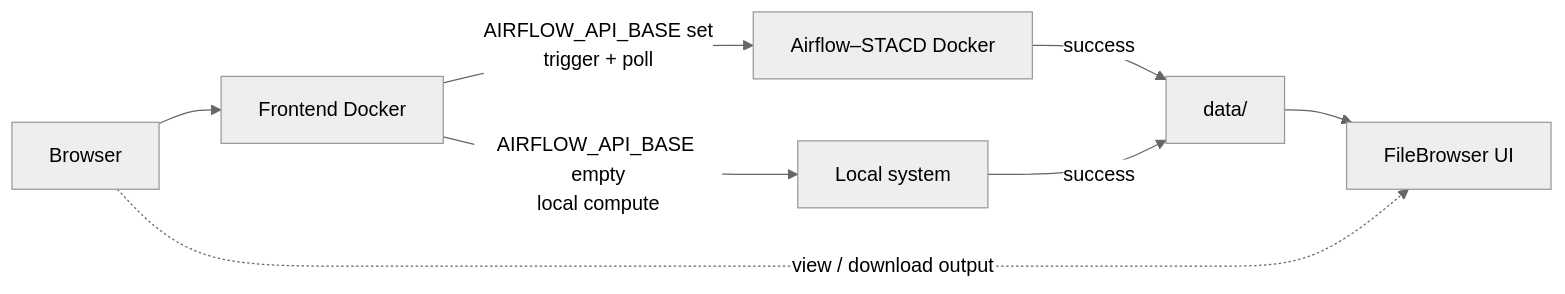
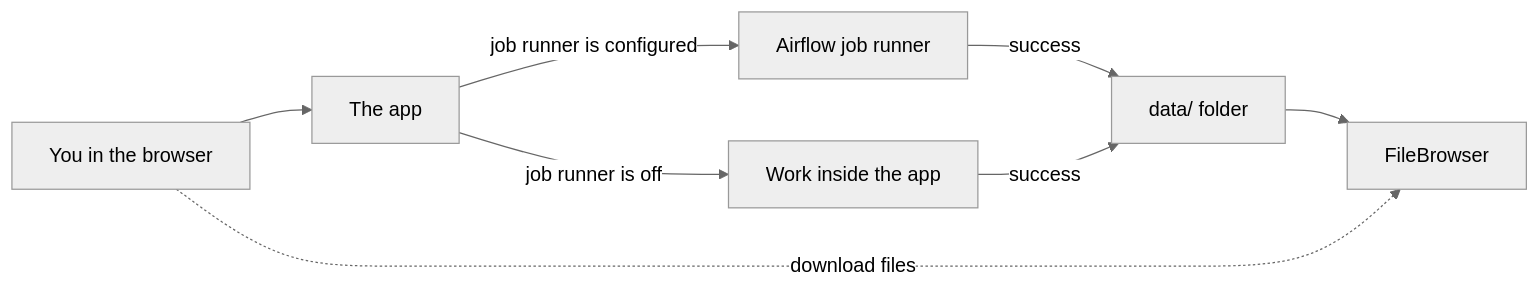
The first of 2 diagrams in docs/infra/tower-services/index.md (core-stack-org/core-stack-docs), drawn with Mermaid (neutral theme) before and after one commit. The commit also changed other lines of this file and 11 other files, not shown here.

First line of the commit message:
Document Tower Services as a shared deploy cluster and simplify Docker/Airflow how-tos.

````diff
--- a/docs/infra/tower-services/index.md
+++ b/docs/infra/tower-services/index.md
@@ -25,10 +69,10 @@
 ```mermaid
 flowchart LR
-  Browser[Browser] --> FE[Frontend Docker]
-  FE -->|AIRFLOW_API_BASE set<br/>trigger + poll| AF[Airflow–STACD Docker]
-  FE -->|AIRFLOW_API_BASE empty<br/>local compute| Local[Local system]
-  AF -->|success| Data["data/"]
+  You[You in the browser] --> App[The app]
+  App -->|job runner is configured| Runner[Airflow job runner]
+  App -->|job runner is off| Local[Work inside the app]
+  Runner -->|success| Data["data/ folder"]
   Local -->|success| Data
-  Data --> FB[FileBrowser UI]
-  Browser -.->|view / download output| FB
+  Data --> FB[FileBrowser]
+  You -.->|download files| FB
 ```
````
